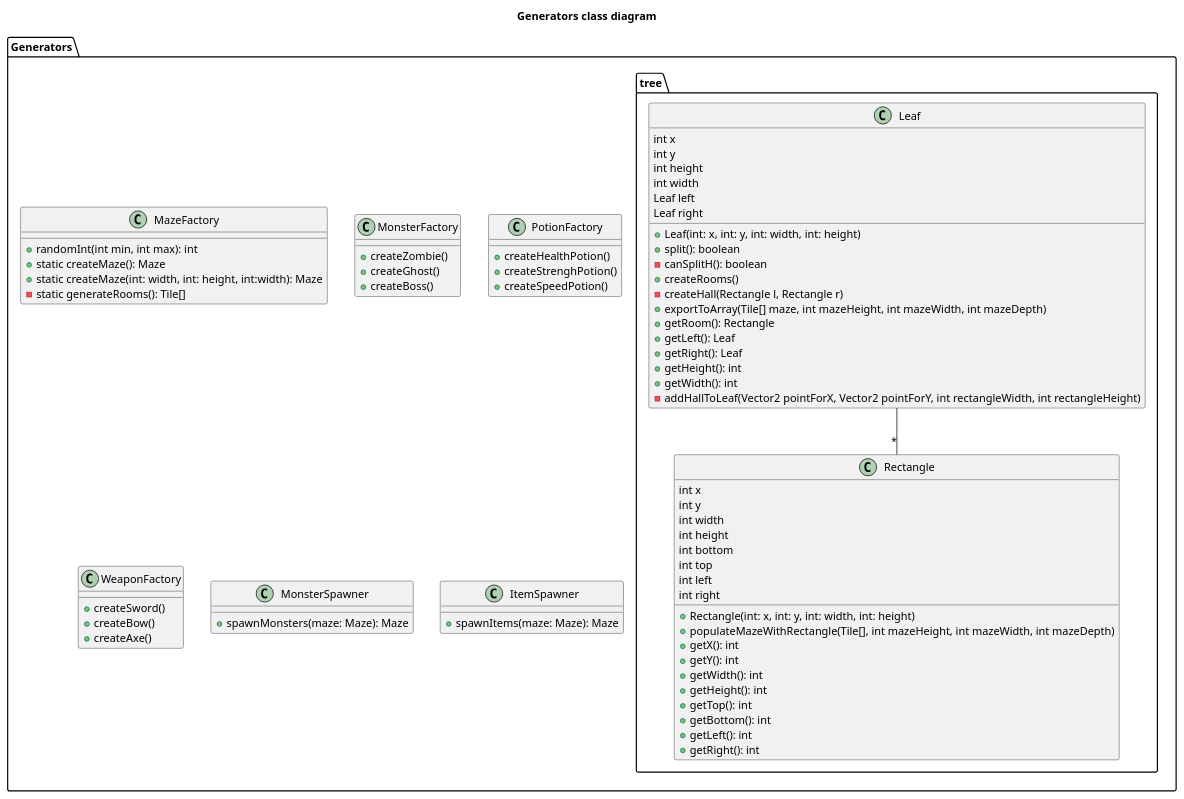
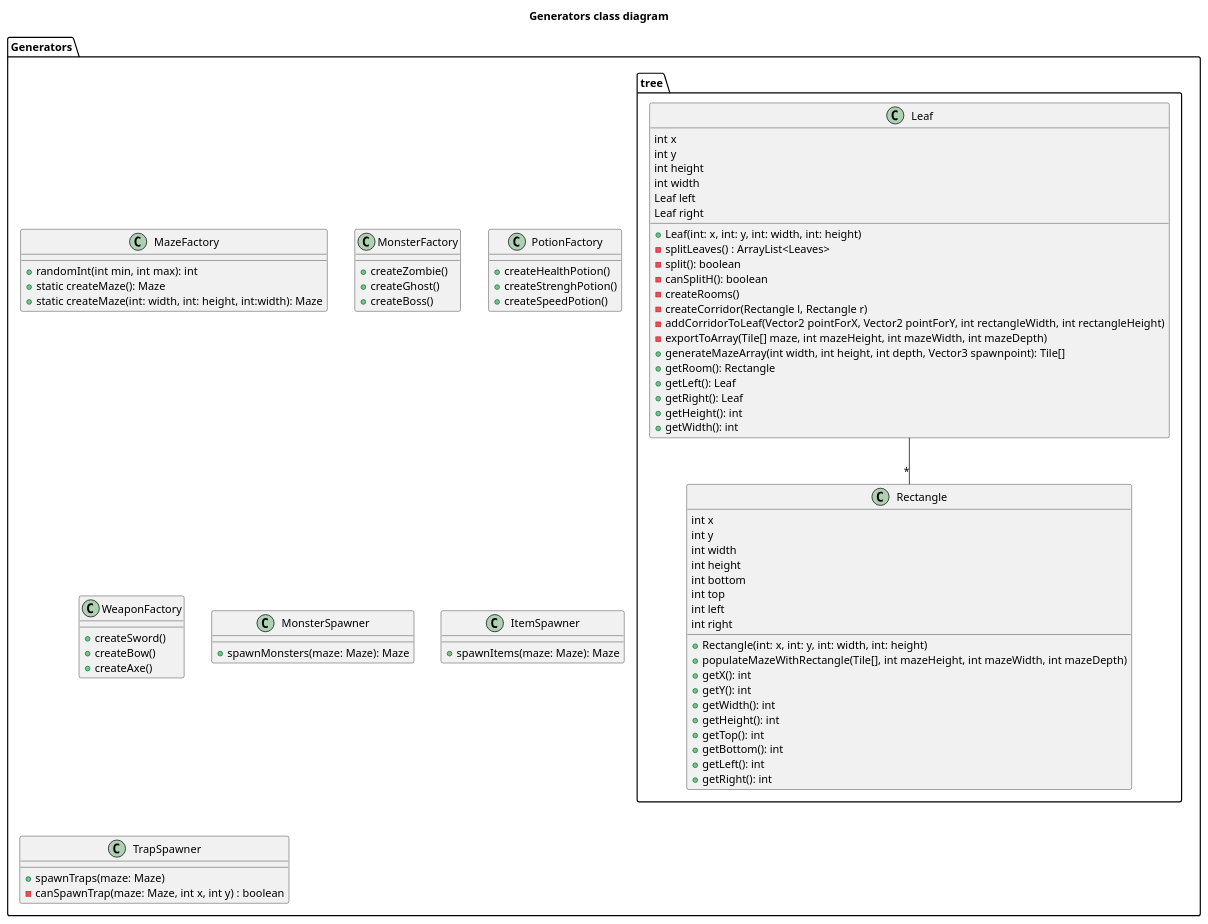
The diagram in sprints/sprint2/diagrammes/Generators.puml (toxicbloud/ACL-2023-MazeOfMadness), drawn with PlantUML before and after one commit.

Commit message:
Updated class diagrams.

```diff
--- a/sprints/sprint2/diagrammes/Generators.puml
+++ b/sprints/sprint2/diagrammes/Generators.puml
@@ -1,84 +1,90 @@
 @startuml Generators class diagram
 title Generators class diagram
 
 package Generators {
     class MazeFactory {
         + randomInt(int min, int max): int
         + static createMaze(): Maze
         + static createMaze(int: width, int: height, int:width): Maze
-        - static generateRooms(): Tile[]
     }
 
     class MonsterFactory {
         + createZombie()
         + createGhost()
         + createBoss()
     }
 
     class PotionFactory {
         + createHealthPotion()
         + createStrenghPotion()
         + createSpeedPotion()
     }
 
     class WeaponFactory {
         + createSword()
         + createBow()
         + createAxe()
     }
 
     class MonsterSpawner {
         + spawnMonsters(maze: Maze): Maze
     }
 
     class ItemSpawner {
         + spawnItems(maze: Maze): Maze
     }
 
+    class TrapSpawner {
+        + spawnTraps(maze: Maze)
+        - canSpawnTrap(maze: Maze, int x, int y) : boolean
+    }
+
     package tree {
         class Leaf {
             int x
             int y
             int height
             int width
             Leaf left
             Leaf right
             + Leaf(int: x, int: y, int: width, int: height)
-            + split(): boolean
+            - splitLeaves() : ArrayList<Leaves>
+            - split(): boolean
             - canSplitH(): boolean
-            + createRooms()
-            - createHall(Rectangle l, Rectangle r)
-            + exportToArray(Tile[] maze, int mazeHeight, int mazeWidth, int mazeDepth)
+            - createRooms()
+            - createCorridor(Rectangle l, Rectangle r)
+            - addCorridorToLeaf(Vector2 pointForX, Vector2 pointForY, int rectangleWidth, int rectangleHeight)
+            - exportToArray(Tile[] maze, int mazeHeight, int mazeWidth, int mazeDepth)
+            + generateMazeArray(int width, int height, int depth, Vector3 spawnpoint): Tile[]
             + getRoom(): Rectangle
             + getLeft(): Leaf
             + getRight(): Leaf
             + getHeight(): int
             + getWidth(): int
-            - addHallToLeaf(Vector2 pointForX, Vector2 pointForY, int rectangleWidth, int rectangleHeight)
         }
         class Rectangle {
             int x
             int y
             int width
             int height
             int bottom
             int top
             int left
             int right
             + Rectangle(int: x, int: y, int: width, int: height)
             + populateMazeWithRectangle(Tile[], int mazeHeight, int mazeWidth, int mazeDepth)
             + getX(): int
             + getY(): int
             + getWidth(): int
             + getHeight(): int       
             + getTop(): int
             + getBottom(): int          
             + getLeft(): int
             + getRight(): int
         }
 
         Leaf -- "*" Rectangle
     }
 }
 
 @enduml
```
